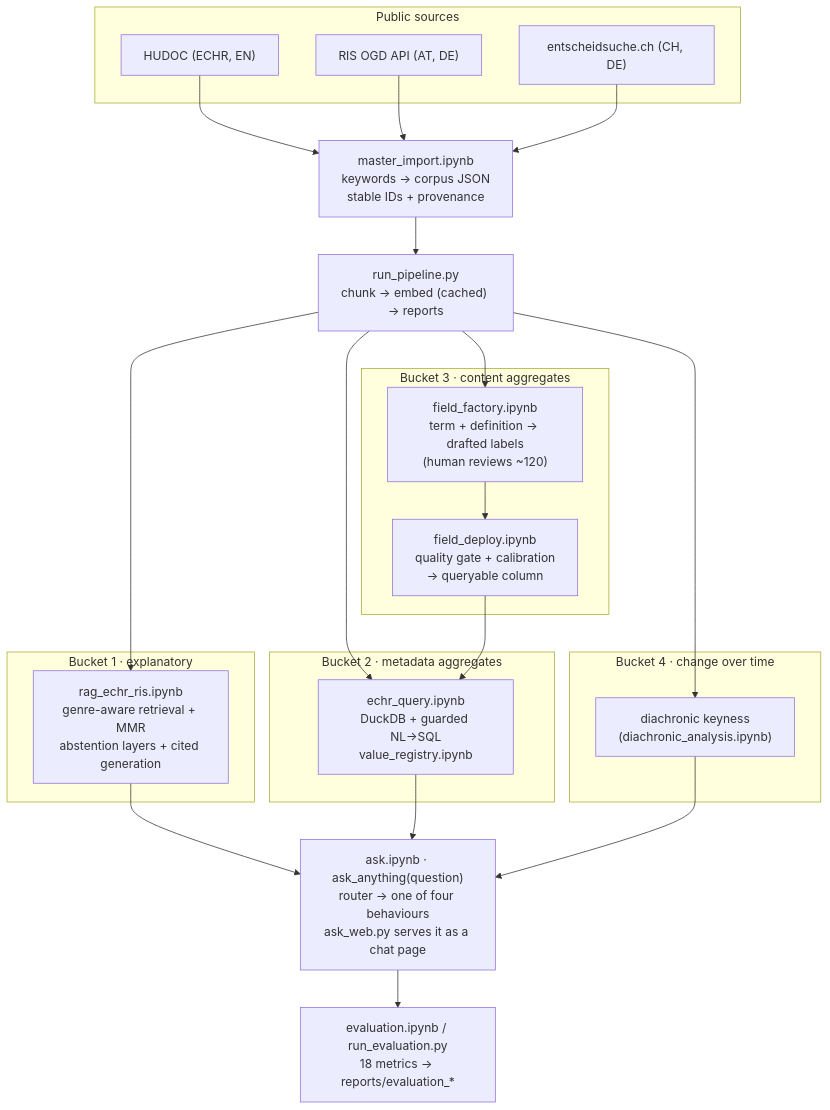
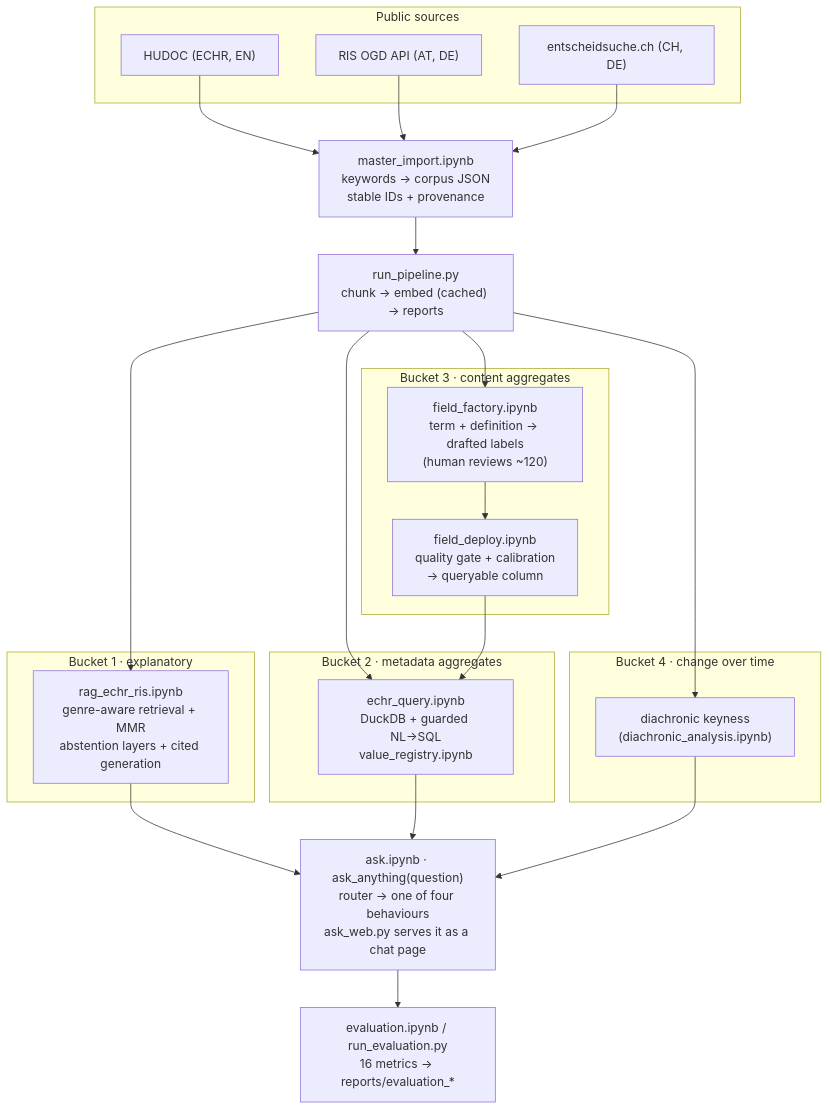
The diagram in README.md (Mekss/legal_nlp_review), drawn with Mermaid before and after one commit. The commit also changed other lines of this file, not shown here.

````diff
--- a/README.md
+++ b/README.md
@@ -62,41 +61,41 @@
 ```mermaid
 flowchart TD
     subgraph SOURCES["Public sources"]
         HUDOC["HUDOC (ECHR, EN)"]
         RIS["RIS OGD API (AT, DE)"]
         ES["entscheidsuche.ch (CH, DE)"]
     end
 
     IMPORT["master_import.ipynb<br/>keywords → corpus JSON<br/>stable IDs + provenance"]
     PIPE["run_pipeline.py<br/>chunk → embed (cached) → reports"]
     HUDOC & RIS & ES --> IMPORT --> PIPE
 
     subgraph B1["Bucket 1 · explanatory"]
         RAG["rag_echr_ris.ipynb<br/>genre-aware retrieval + MMR<br/>abstention layers + cited generation"]
     end
     subgraph B2["Bucket 2 · metadata aggregates"]
         SQL["echr_query.ipynb<br/>DuckDB + guarded NL→SQL<br/>value_registry.ipynb"]
     end
     subgraph B3["Bucket 3 · content aggregates"]
         FF["field_factory.ipynb<br/>term + definition → drafted labels<br/>(human reviews ~120)"]
         FD["field_deploy.ipynb<br/>quality gate + calibration<br/>→ queryable column"]
         FF --> FD
     end
     subgraph B4["Bucket 4 · change over time"]
         DIA["diachronic keyness<br/>(diachronic_analysis.ipynb)"]
     end
 
     PIPE --> RAG
     PIPE --> SQL
     PIPE --> FF
     PIPE --> DIA
     FD --> SQL
 
     ASK["ask.ipynb · ask_anything(question)<br/>router → one of four behaviours<br/>ask_web.py serves it as a chat page"]
     RAG --> ASK
     SQL --> ASK
     DIA --> ASK
 
-    EVAL["evaluation.ipynb / run_evaluation.py<br/>18 metrics → reports/evaluation_*"]
+    EVAL["evaluation.ipynb / run_evaluation.py<br/>16 metrics → reports/evaluation_*"]
     ASK --> EVAL
 ```
````
